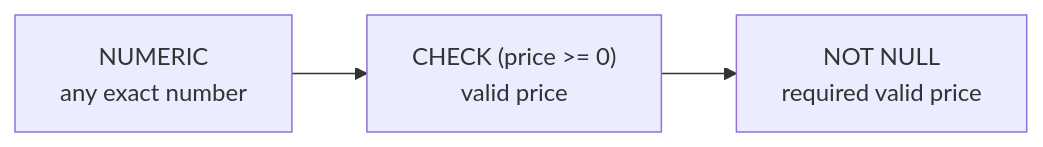
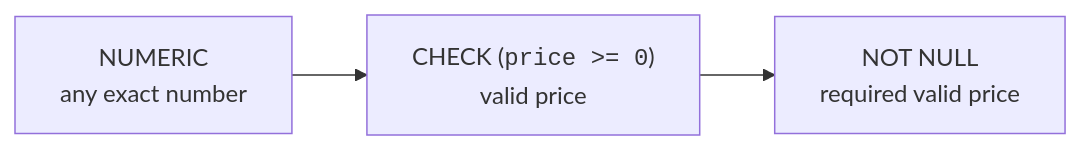
One commit to dataslope/dataslope changed the fifth of 5 diagrams in content/learn/database-design-postgresql/choosing-data-types.mdx. Above: the diagram before and after it, drawn with Mermaid. The commit also changed 56 other files, not shown here.

````diff
--- a/content/learn/database-design-postgresql/choosing-data-types.mdx
+++ b/content/learn/database-design-postgresql/choosing-data-types.mdx
@@ -197,5 +197,5 @@
 ```mermaid
 flowchart LR
-    Broad["NUMERIC<br/>any exact number"] --> Narrow["CHECK (price >= 0)<br/>valid price"]
+    Broad["NUMERIC<br/>any exact number"] --> Narrow["CHECK (<code>price &gt;= 0</code>)<br/>valid price"]
     Narrow --> Required["NOT NULL<br/>required valid price"]
 ```
````
